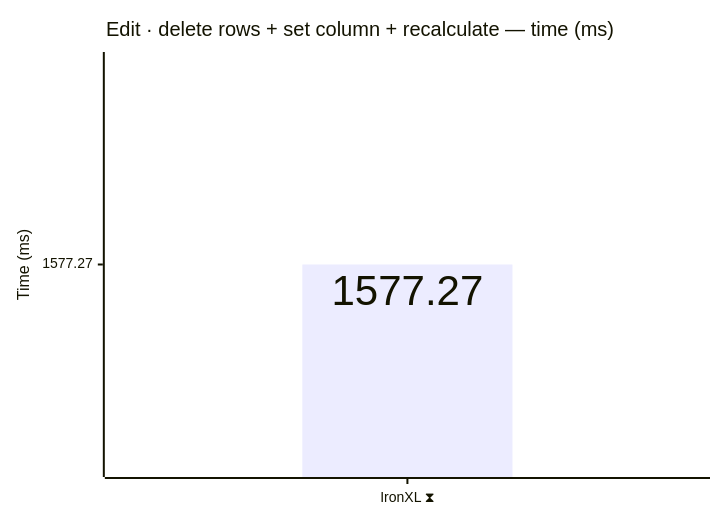
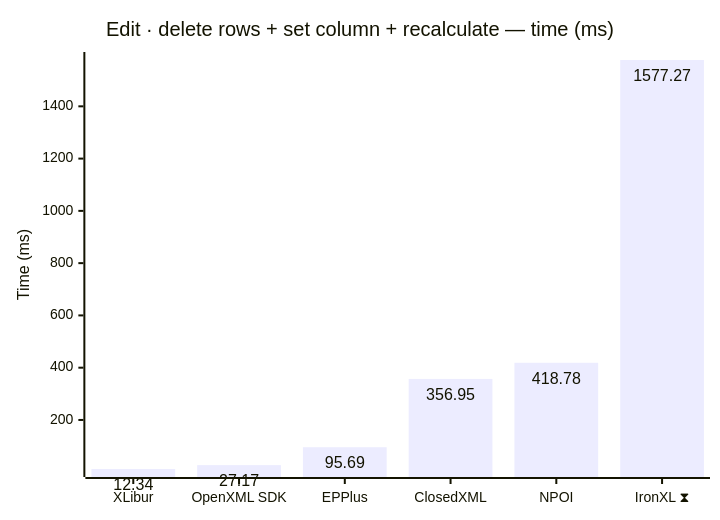
One commit to jafin/XLBench changed the ninth of 12 diagrams in docs/results.md. Above: the diagram before and after it, drawn with Mermaid. The commit also changed other lines of this file and 1 other file, not shown here.

````diff
--- a/docs/results.md
+++ b/docs/results.md
@@ -143,12 +143,12 @@
 ```mermaid
 ---
 config:
   xyChart:
     showDataLabel: true
 ---
 xychart-beta
     title "Edit · delete rows + set column + recalculate — time (ms)"
-    x-axis ["IronXL ⧗"]
+    x-axis ["XLibur", "OpenXML SDK", "EPPlus", "ClosedXML", "NPOI", "IronXL ⧗"]
     y-axis "Time (ms)"
-    bar [1577.27]
+    bar [12.34, 27.17, 95.69, 356.95, 418.78, 1577.27]
 ```
````
